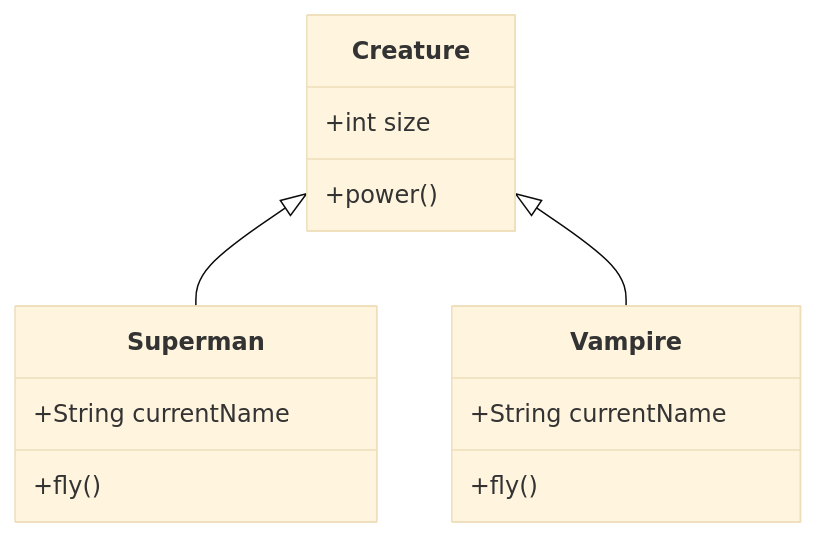
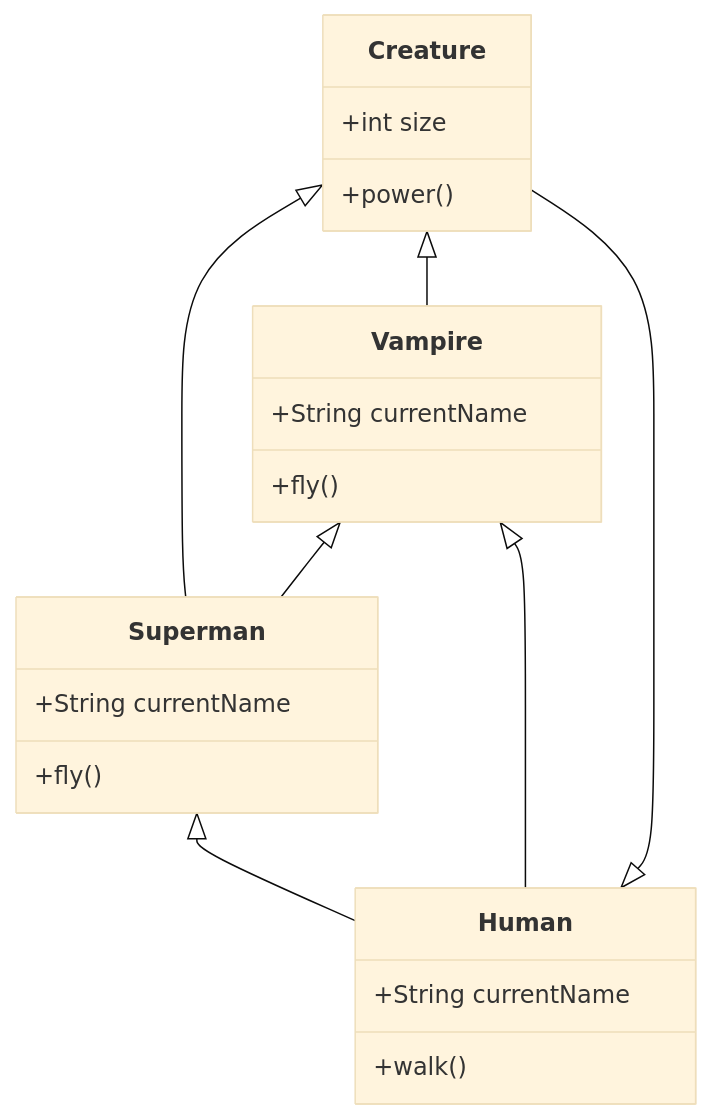
Before and after one commit to BenSchExt/TestRepository: the first of 5 diagrams in TestKEK.md, drawn with Mermaid (base theme). The commit also changed other lines of this file and 8 other files, not shown here.

````diff
--- a/TestKEK.md
+++ b/TestKEK.md
@@ -5,15 +7,25 @@
 ```mermaid
 classDiagram
     Creature <|-- Superman
     Creature <|-- Vampire
-    Creature: +int size
-    Creature: +power()
+    Vampire <|-- Superman
+    Human <|-- Creature
+    Superman <|-- Human
+    Vampire <|-- Human
+    class Creature{
+        +int size
+        +power()
+    }
     class Superman{
         +String currentName
         +fly()
     }
     class Vampire{
         +String currentName
         +fly()
     }
+    class Human{
+        +String currentName
+        +walk()
+    }
 ```
````
